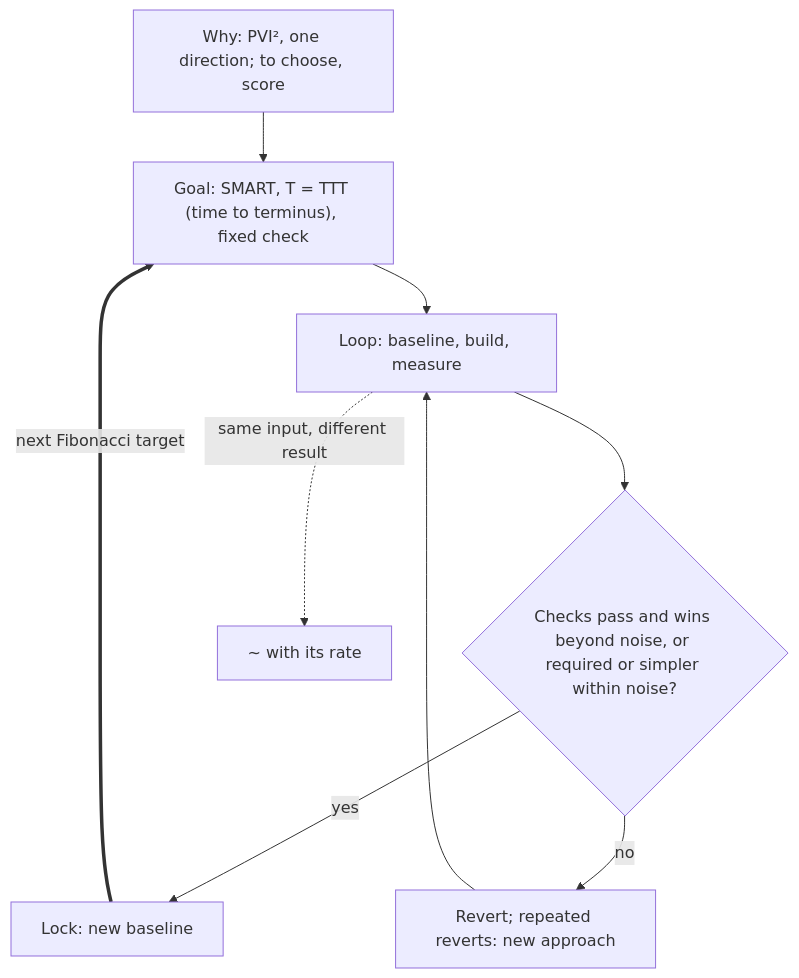
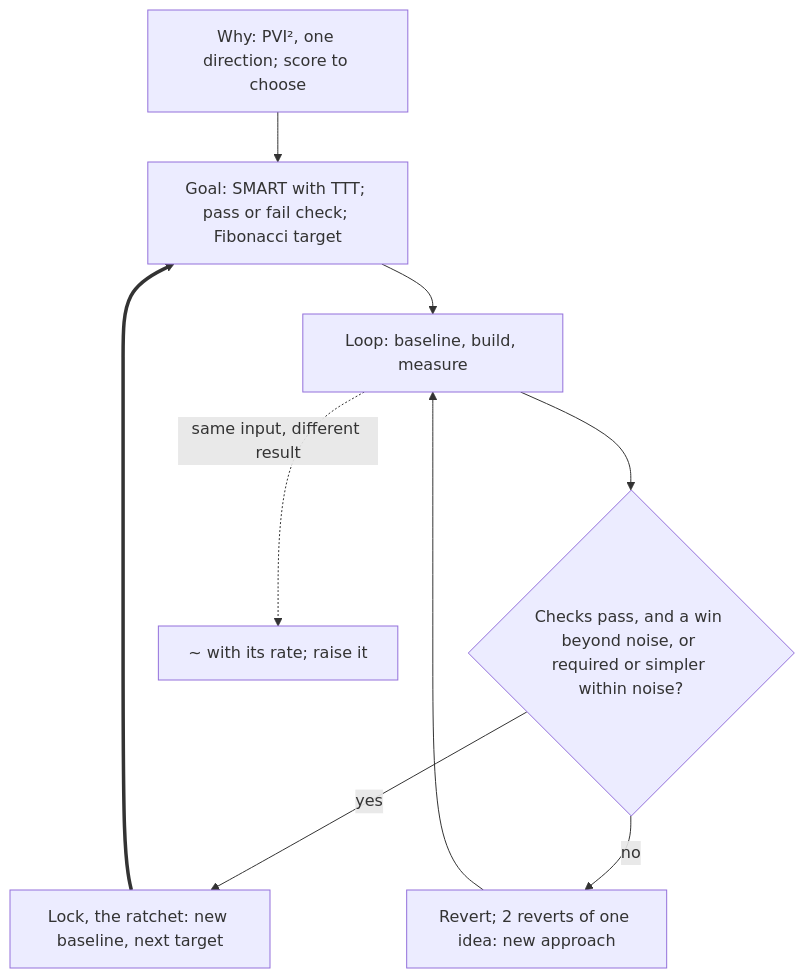
The seventh of 14 diagrams in AGENTS.md (SolenixAI/arbiter), drawn with Mermaid before and after one commit. The commit also changed other lines of this file, not shown here.

````diff
--- a/AGENTS.md
+++ b/AGENTS.md
@@ -293,10 +300,10 @@
 ```mermaid
 flowchart TD
-  W["Why: PVI², one direction; to choose, score"] --> G["Goal: SMART, T = TTT (time to terminus), fixed check"]
+  W["Why: PVI², one direction; score to choose"] --> G["Goal: SMART with TTT; pass or fail check; Fibonacci target"]
   G --> B["Loop: baseline, build, measure"]
-  B --> K{"Checks pass and wins beyond noise, or required or simpler within noise?"}
-  K -->|yes| L["Lock: new baseline"]
-  L ==>|next Fibonacci target| G
-  K -->|no| R["Revert; repeated reverts: new approach"] --> B
-  B -.->|same input, different result| Z["~ with its rate"]
+  B --> K{"Checks pass, and a win beyond noise, or required or simpler within noise?"}
+  K -->|yes| L["Lock, the ratchet: new baseline, next target"]
+  L ==> G
+  K -->|no| R["Revert; 2 reverts of one idea: new approach"] --> B
+  B -.->|same input, different result| Z["~ with its rate; raise it"]
 ```
````
